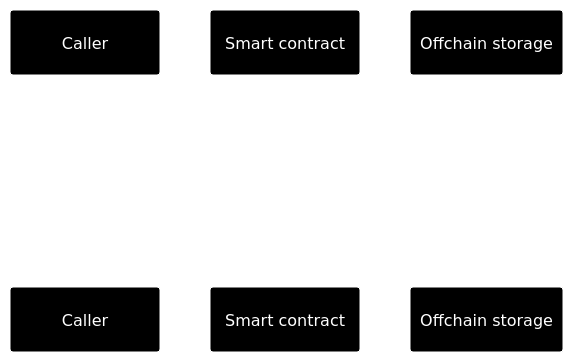
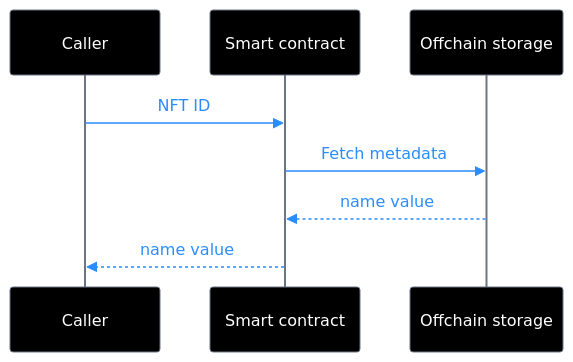
Before and after one commit to GeunhwaJeong/haneul-new: the diagram in docs/content/guides/developer/digital-assets/non-fungible-tokens/create-nft.mdx, drawn with Mermaid. The commit also changed other lines of this file and 39 other files, not shown here.

````diff
--- a/docs/content/guides/developer/digital-assets/non-fungible-tokens/create-nft.mdx
+++ b/docs/content/guides/developer/digital-assets/non-fungible-tokens/create-nft.mdx
@@ -10,26 +9,39 @@
 ```mermaid
 ---
 config:
   theme: base
   themeVariables:
-    primaryColor: '#298DFF'
+    primaryColor: '#000000'
     primaryTextColor: '#FFFFFF'
-    primaryBorderColor: '#FFFFFF'
+    primaryBorderColor: '#6C7584'
     secondaryColor: '#6C7584'
-    tertiaryColor: '#FFFFFF'
+    secondaryTextColor: '#FFFFFF'
+    tertiaryColor: '#298DFF'
+    tertiaryTextColor: '#FFFFFF'
     lineColor: '#298DFF'
     background: '#FFFFFF'
     mainBkg: '#000000'
     secondBkg: '#6C7584'
+    noteBkgColor: '#E6F1FB'
+    noteTextColor: '#000000'
+    noteBorderColor: '#298DFF'
+    activationBkgColor: '#298DFF'
+    activationBorderColor: '#185FA5'
     fontSize: '14px'
     fontFamily: 'Inter, sans-serif'
+    signalColor: '#298DFF'
+    signalTextColor: '#298DFF'
+    labelBoxBkgColor: '#000000'
+    labelBoxBorderColor: '#6C7584'
+    labelTextColor: '#FFFFFF'
+    loopTextColor: '#FFFFFF'
 ---
 sequenceDiagram
     participant C as Caller
     participant S as Smart contract
     participant O as Offchain storage
     C->>S: NFT ID
     S->>O: Fetch metadata
     O-->>S: name value
     S-->>C: name value
 ```
````
